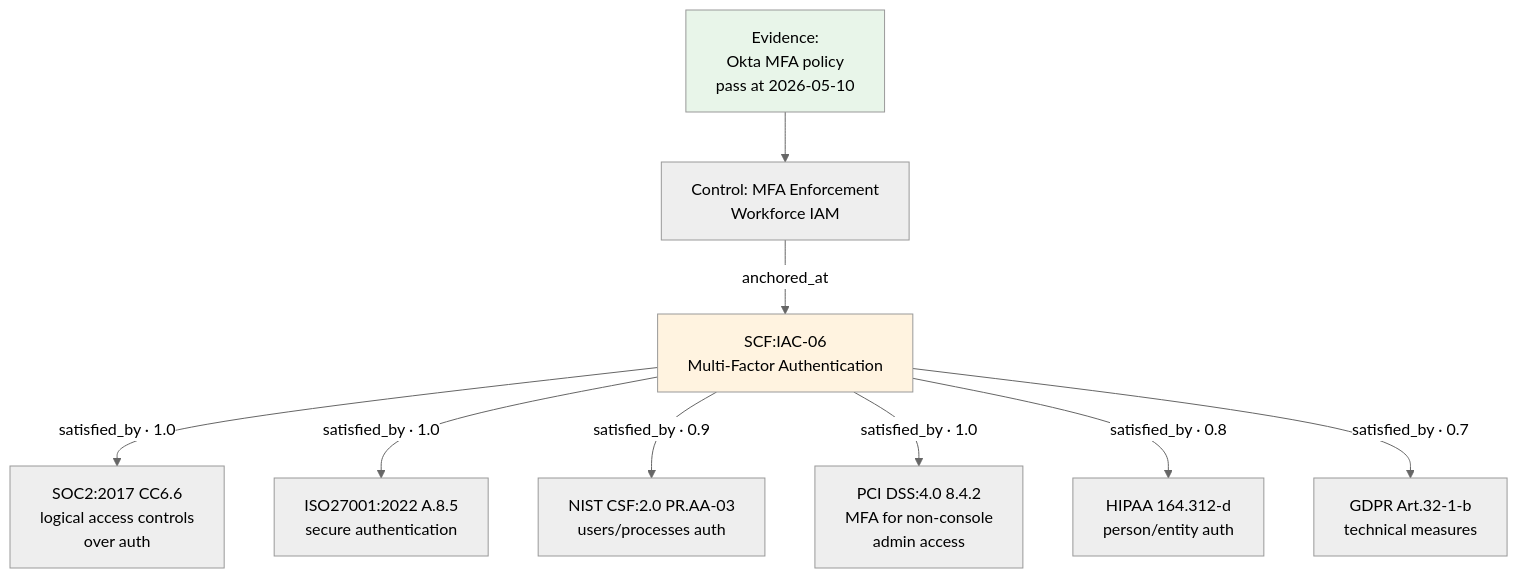
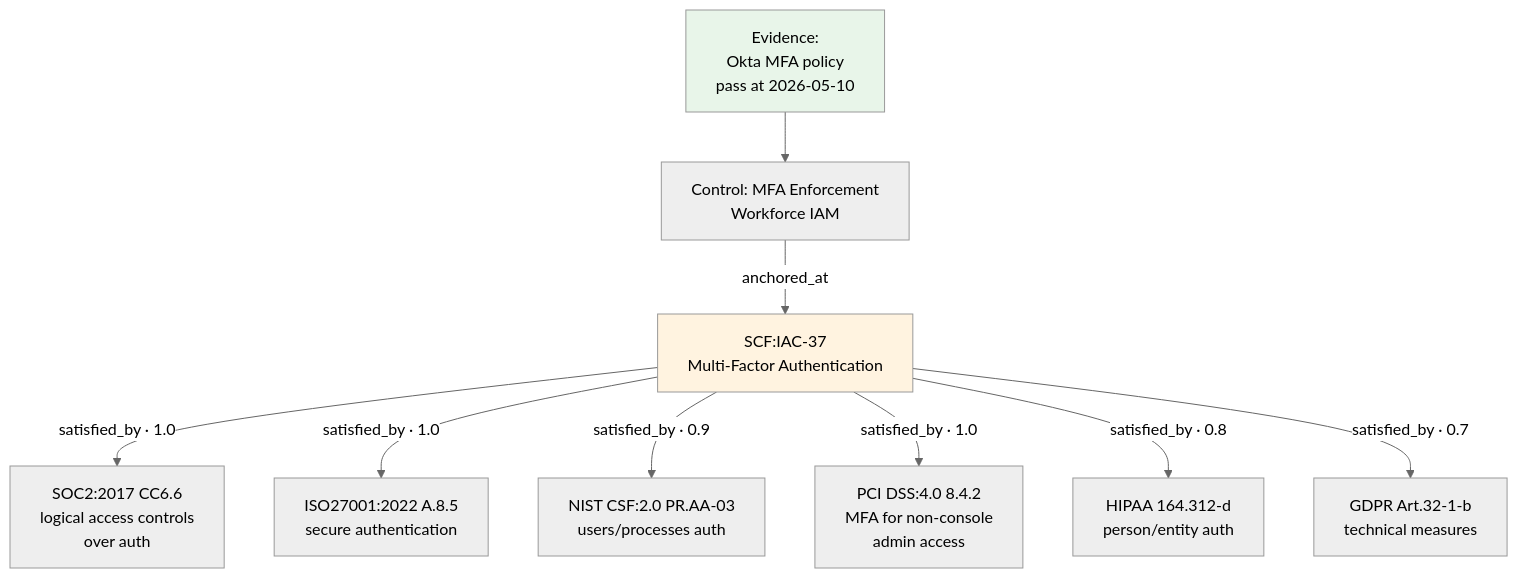
The second of 5 diagrams in Plans/UCF_GRAPH_MODEL.md (mgoodric/security-atlas), drawn with Mermaid (neutral theme) before and after one commit. The commit also changed other lines of this file and 207 other files, not shown here.

First line of the commit message:
fix(catalog): re-anchor the IAC sample rows to SCF 2026.3 (#1971)

````diff
--- a/Plans/UCF_GRAPH_MODEL.md
+++ b/Plans/UCF_GRAPH_MODEL.md
@@ -95,19 +95,19 @@
 ```mermaid
 graph TD
     EV[Evidence:<br/>Okta MFA policy<br/>pass at 2026-05-10]
     CTRL[Control: MFA Enforcement<br/>Workforce IAM]
-    ANCHOR[SCF:IAC-06<br/>Multi-Factor Authentication]
+    ANCHOR[SCF:IAC-37<br/>Multi-Factor Authentication]
 
     EV --> CTRL
     CTRL -- anchored_at --> ANCHOR
 
     ANCHOR -- "satisfied_by · 1.0" --> R1[SOC2:2017 CC6.6<br/>logical access controls<br/>over auth]
     ANCHOR -- "satisfied_by · 1.0" --> R2[ISO27001:2022 A.8.5<br/>secure authentication]
     ANCHOR -- "satisfied_by · 0.9" --> R3[NIST CSF:2.0 PR.AA-03<br/>users/processes auth]
     ANCHOR -- "satisfied_by · 1.0" --> R4[PCI DSS:4.0 8.4.2<br/>MFA for non-console<br/>admin access]
     ANCHOR -- "satisfied_by · 0.8" --> R5[HIPAA 164.312-d<br/>person/entity auth]
     ANCHOR -- "satisfied_by · 0.7" --> R6[GDPR Art.32-1-b<br/>technical measures]
 
     style EV fill:#e8f5e9
     style ANCHOR fill:#fff3e0
 ```
````
